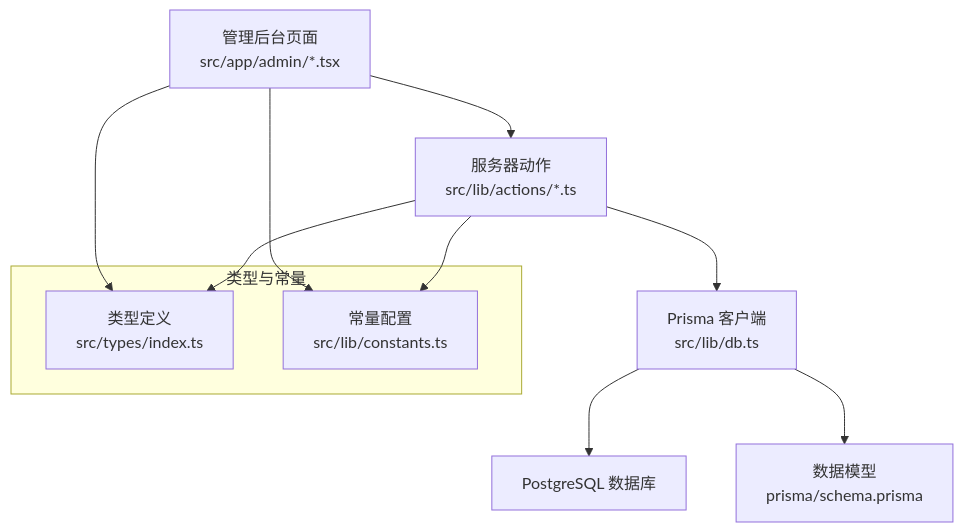
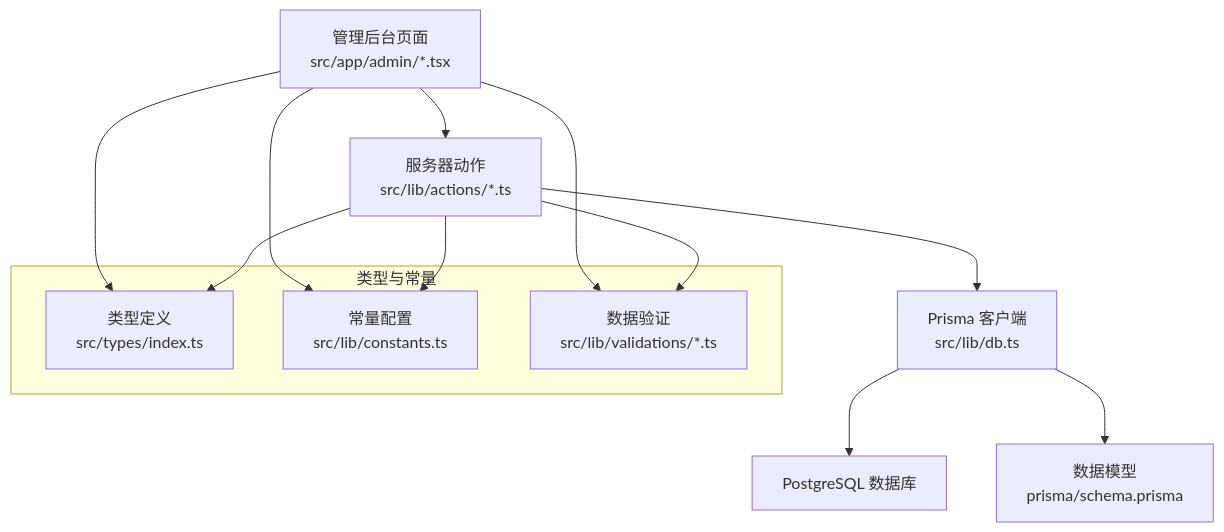
The second of 7 diagrams in .qoder/repowiki/zh/content/管理后台系统/商品管理系统/商品管理系统.md (three3638-arch/celestia_2b), drawn with Mermaid before and after one commit. The commit also changed other lines of this file and 4 other files, not shown here.

````diff
--- a/.qoder/repowiki/zh/content/管理后台系统/商品管理系统/商品管理系统.md
+++ b/.qoder/repowiki/zh/content/管理后台系统/商品管理系统/商品管理系统.md
@@ -113,15 +143,18 @@
 ```mermaid
 graph TB
 UI["管理后台页面<br/>src/app/admin/*.tsx"] --> Actions["服务器动作<br/>src/lib/actions/*.ts"]
 Actions --> PrismaClient["Prisma 客户端<br/>src/lib/db.ts"]
 PrismaClient --> DB["PostgreSQL 数据库"]
 PrismaClient --> Models["数据模型<br/>prisma/schema.prisma"]
 subgraph "类型与常量"
 Types["类型定义<br/>src/types/index.ts"]
 Consts["常量配置<br/>src/lib/constants.ts"]
+Validations["数据验证<br/>src/lib/validations/*.ts"]
 end
 UI --> Types
 UI --> Consts
+UI --> Validations
 Actions --> Types
 Actions --> Consts
+Actions --> Validations
 ```
````
